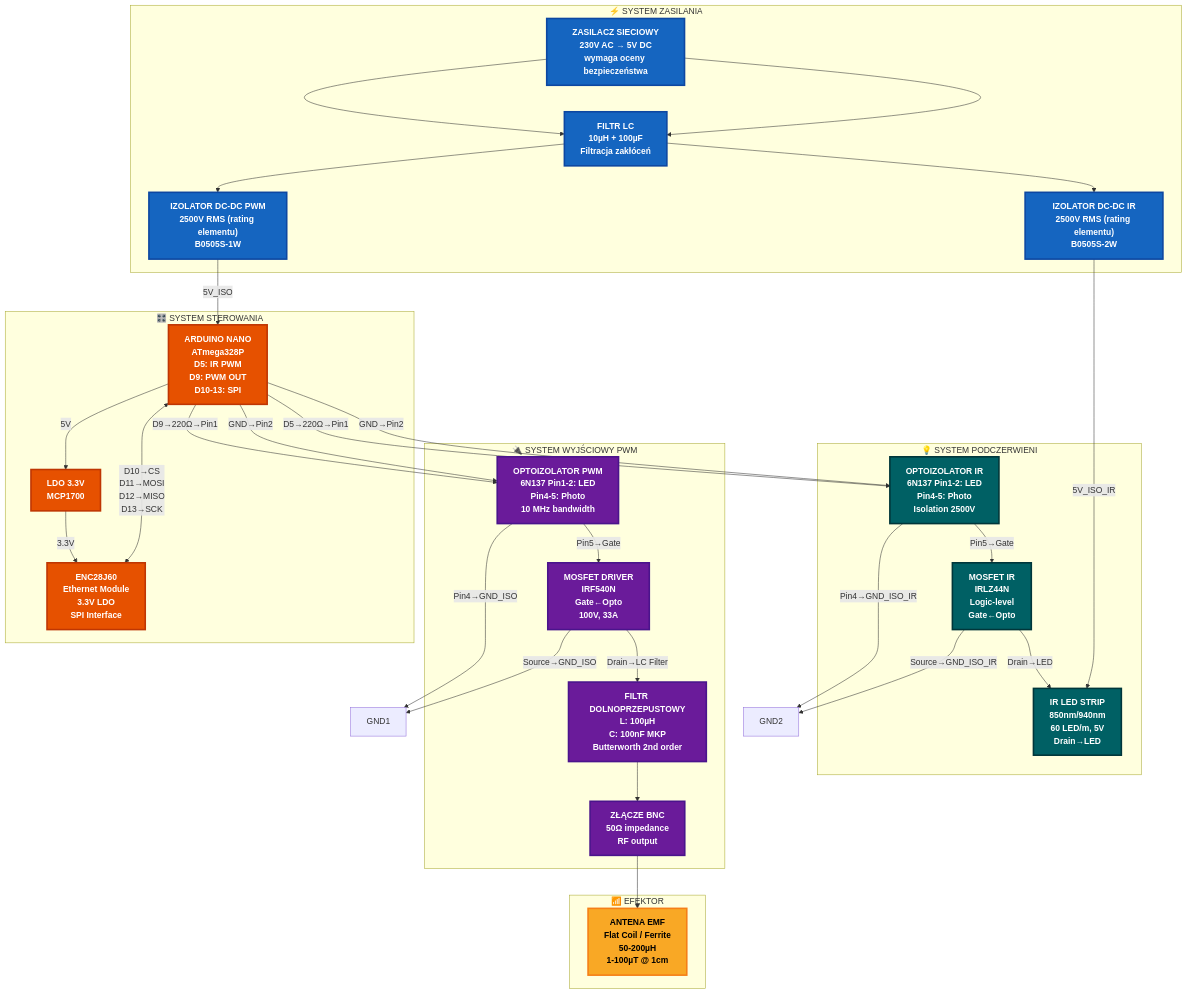
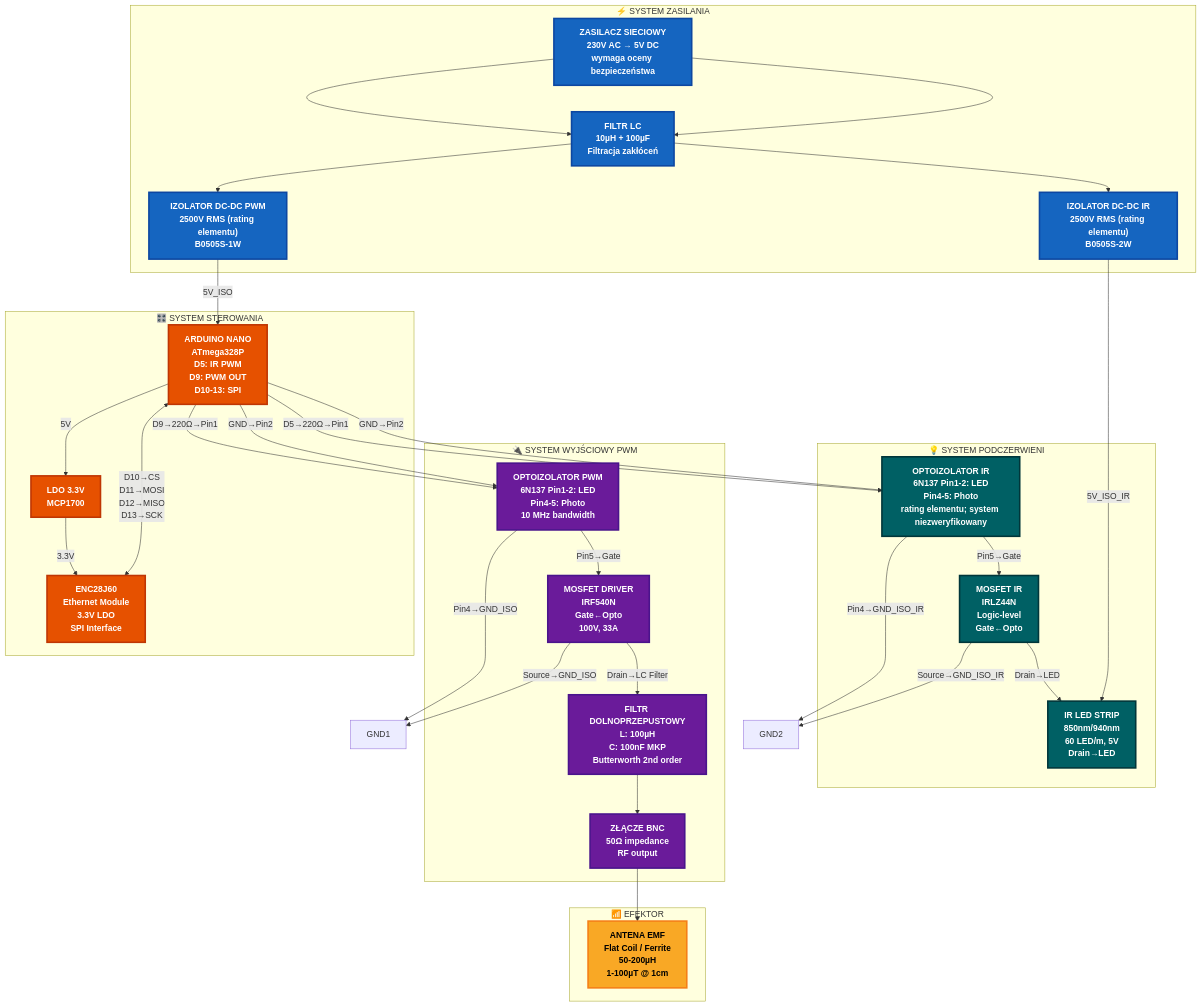
The second of 16 diagrams in hardware.md (bartoszruta26-droid/Bioresonance), drawn with Mermaid before and after one commit.

Commit message:
Clarify optocoupler isolation value as component rating only

````diff
--- a/hardware.md
+++ b/hardware.md
@@ -199,76 +199,76 @@
 ```mermaid
 flowchart TD
     subgraph Zasilanie["⚡ SYSTEM ZASILANIA"]
         Z1["<b>ZASILACZ SIECIOWY</b><br/>230V AC → 5V DC<br/>wymaga oceny bezpieczeństwa"]
         Z2["<b>FILTR LC</b><br/>10µH + 100µF<br/>Filtracja zakłóceń"]
         Z3["<b>IZOLATOR DC-DC PWM</b><br/>2500V RMS (rating elementu)<br/>B0505S-1W"]
         Z4["<b>IZOLATOR DC-DC IR</b><br/>2500V RMS (rating elementu)<br/>B0505S-2W"]
     end
     
     subgraph Sterowanie["🎛️ SYSTEM STEROWANIA"]
         A1["<b>ARDUINO NANO</b><br/>ATmega328P<br/>D5: IR PWM<br/>D9: PWM OUT<br/>D10-13: SPI"]
         A2["<b>ENC28J60</b><br/>Ethernet Module<br/>3.3V LDO<br/>SPI Interface"]
         LDO["<b>LDO 3.3V</b><br/>MCP1700"]
     end
     
     subgraph Wyjście["🔌 SYSTEM WYJŚCIOWY PWM"]
         O1["<b>OPTOIZOLATOR PWM</b><br/>6N137 Pin1-2: LED<br/>Pin4-5: Photo<br/>10 MHz bandwidth"]
         O2["<b>MOSFET DRIVER</b><br/>IRF540N<br/>Gate←Opto<br/>100V, 33A"]
         O3["<b>FILTR DOLNOPRZEPUSTOWY</b><br/>L: 100µH<br/>C: 100nF MKP<br/>Butterworth 2nd order"]
         O4["<b>ZŁĄCZE BNC</b><br/>50Ω impedance<br/>RF output"]
     end
     
     subgraph Efektor["📶 EFEKTOR"]
         E1["<b>ANTENA EMF</b><br/>Flat Coil / Ferrite<br/>50-200µH<br/>1-100µT @ 1cm"]
     end
     
     subgraph IR_System["💡 SYSTEM PODCZERWIENI"]
-        IR1["<b>OPTOIZOLATOR IR</b><br/>6N137 Pin1-2: LED<br/>Pin4-5: Photo<br/>Isolation 2500V"]
+        IR1["<b>OPTOIZOLATOR IR</b><br/>6N137 Pin1-2: LED<br/>Pin4-5: Photo<br/>rating elementu; system niezweryfikowany"]
         IR2["<b>MOSFET IR</b><br/>IRLZ44N<br/>Logic-level<br/>Gate←Opto"]
         IR3["<b>IR LED STRIP</b><br/>850nm/940nm<br/>60 LED/m, 5V<br/>Drain→LED"]
     end
     
     %% Zasilanie główne
     Z1 --> Z2 --> Z3
     Z1 --> Z2 --> Z4
     Z3 -->|5V_ISO| A1
     Z4 -->|5V_ISO_IR| IR3
     
     %% LDO dla Ethernet
     A1 -->|5V| LDO
     LDO -->|3.3V| A2
     
     %% SPI Connection - szczególowe piny
     A1 <-->|D10→CS<br/>D11→MOSI<br/>D12→MISO<br/>D13→SCK| A2
     
     %% PWM Path - szczególowe połączenia
     A1 -->|D9→220Ω→Pin1| O1
     A1 -->|GND→Pin2| O1
     O1 -->|Pin4→GND_ISO| GND1
     O1 -->|Pin5→Gate| O2
     O2 -->|Source→GND_ISO| GND1
     O2 -->|Drain→LC Filter| O3
     O3 --> O4
     O4 --> E1
     
     %% IR Path - szczegółowe połączenia
     A1 -->|D5→220Ω→Pin1| IR1
     A1 -->|GND→Pin2| IR1
     IR1 -->|Pin4→GND_ISO_IR| GND2
     IR1 -->|Pin5→Gate| IR2
     IR2 -->|Source→GND_ISO_IR| GND2
     IR2 -->|Drain→LED| IR3
     
     classDef power fill:#1565c0,stroke:#0d47a1,stroke-width:3px,color:#ffffff,font-weight:bold
     classDef control fill:#e65100,stroke:#bf3603,stroke-width:3px,color:#ffffff,font-weight:bold
     classDef isolation fill:#c2185b,stroke:#880e4f,stroke-width:3px,color:#ffffff,font-weight:bold
     classDef output fill:#6a1b9a,stroke:#4a148c,stroke-width:3px,color:#ffffff,font-weight:bold
     classDef ir fill:#006064,stroke:#00363a,stroke-width:3px,color:#ffffff,font-weight:bold
     classDef antenna fill:#f9a825,stroke:#f57f17,stroke-width:3px,color:#000000,font-weight:bold
     
     class Z1,Z2,Z3,Z4 power
     class A1,A2,LDO control
     class O1,O2,O3,O4 output
     class E1 antenna
     class IR1,IR2,IR3 ir
 ```
````
